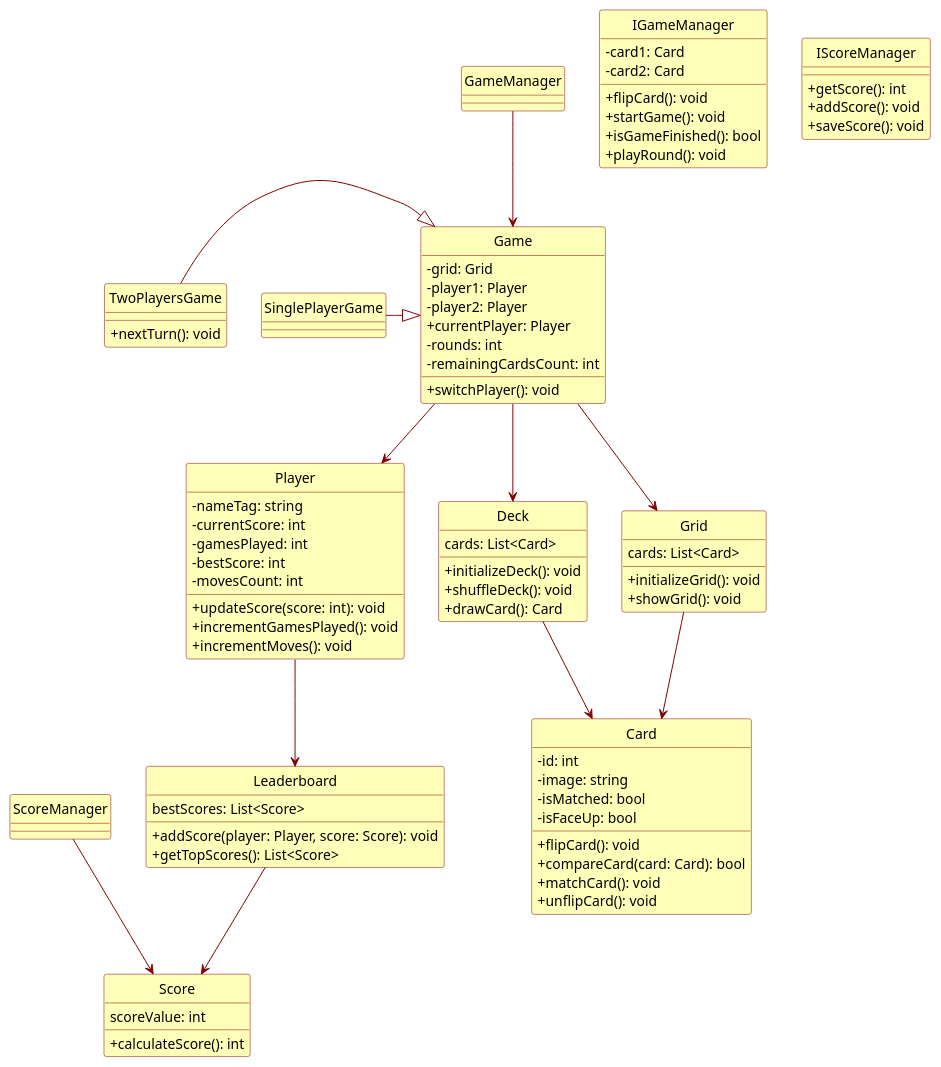
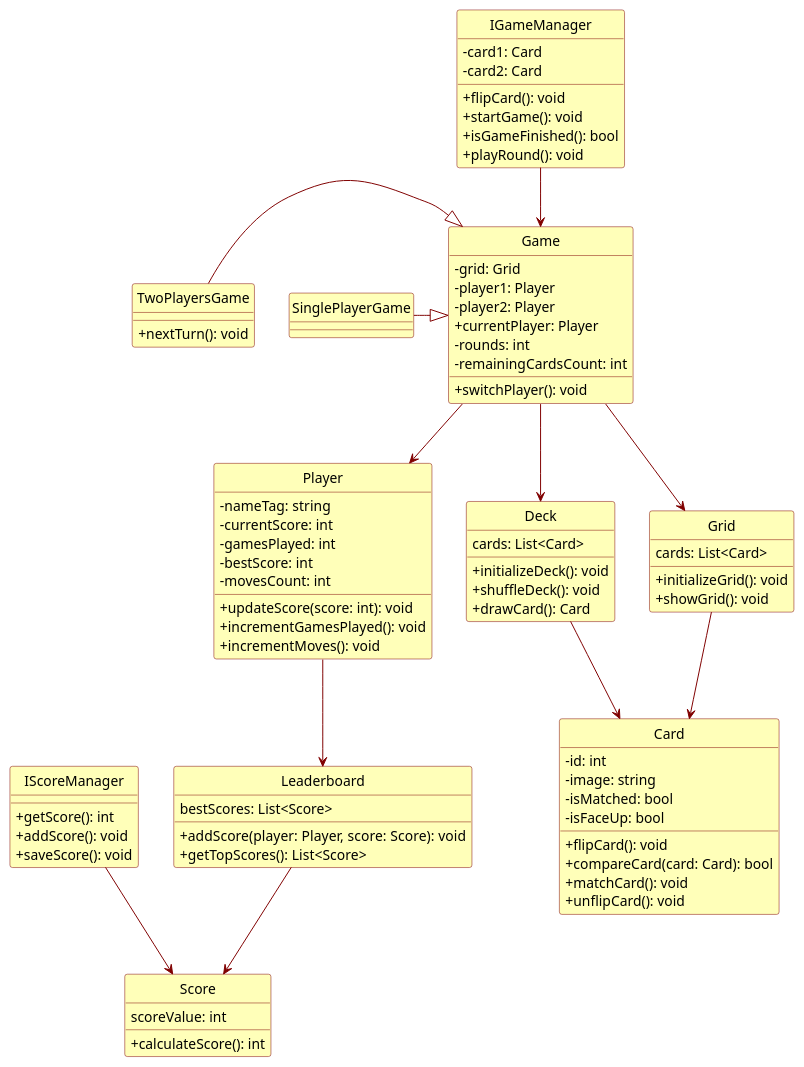
Before and after one commit to PosiTr0n505/Game-Memory: the diagram in src/Docs/Diagrammes/classes.md, drawn with PlantUML.

Commit message:
Mise à jour de 'src/Docs/Diagrammes/classes.md'

```diff
--- a/src/Docs/Diagrammes/classes.md
+++ b/src/Docs/Diagrammes/classes.md
@@ -109,13 +109,13 @@
 }
 
 ' Relations
-GameManager --> Game
+IGameManager --> Game
 Game --> Player
 Game --> Grid
 TwoPlayersGame -|> Game
 SinglePlayerGame -|> Game
 Grid --> Card
-ScoreManager --> Score
+IScoreManager --> Score
 Leaderboard --> Score
 Player --> Leaderboard
 Game --> Deck
```
